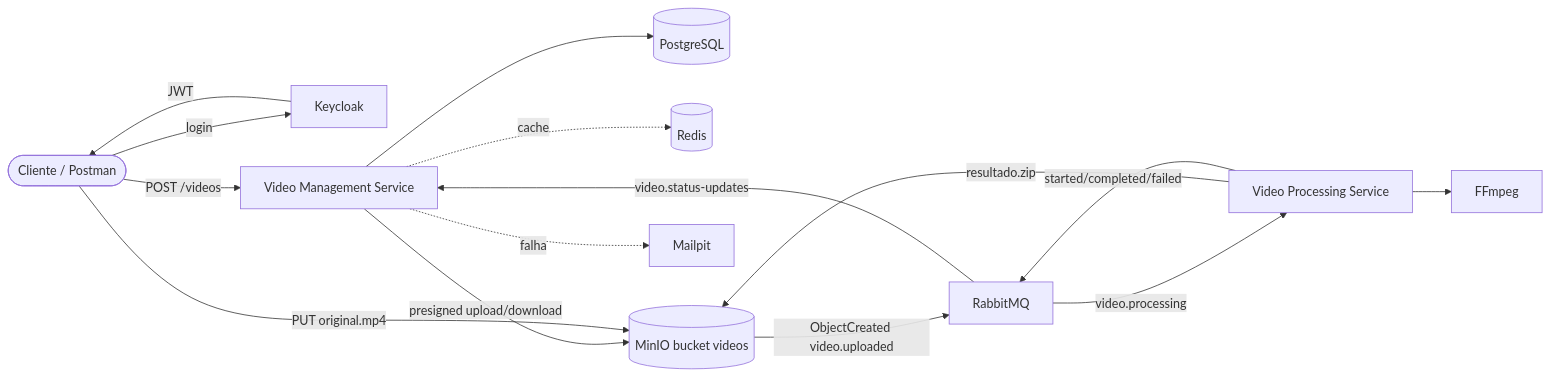
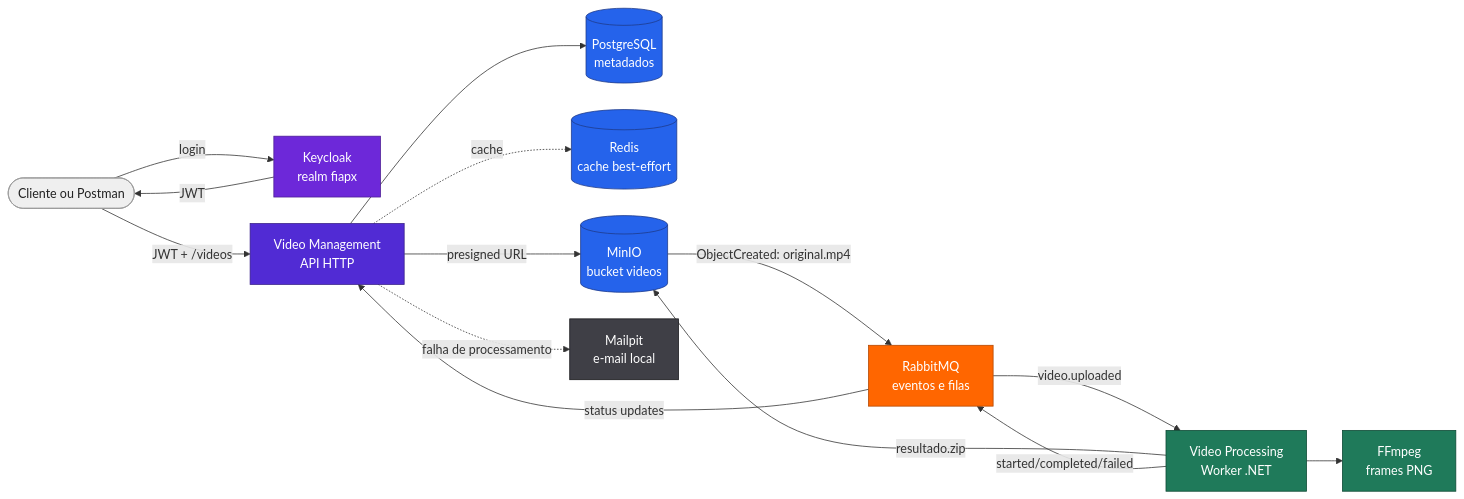
Before and after one commit to fabianorodrigues/fiap-fase5-docs: the first of 2 diagrams in docs/index.md, drawn with Mermaid. The commit also changed other lines of this file and 11 other files, not shown here.

````diff
--- a/docs/index.md
+++ b/docs/index.md
@@ -28,28 +28,36 @@
 ```mermaid
+%%{init: {"flowchart": {"nodeSpacing": 34, "rankSpacing": 46}} }%%
 flowchart LR
-    USER([Cliente / Postman])
-    KC[Keycloak]
-    API[Video Management Service]
-    PG[(PostgreSQL)]
-    REDIS[(Redis)]
-    MINIO[(MinIO bucket videos)]
-    MQ[RabbitMQ]
-    WORKER[Video Processing Service]
-    FFMPEG[FFmpeg]
-    MAIL[Mailpit]
+    classDef client fill:#EFEFEF,color:#222,stroke:#999
+    classDef api fill:#512BD4,color:#fff,stroke:#39208A
+    classDef worker fill:#1F7A5A,color:#fff,stroke:#0F4A35
+    classDef broker fill:#FF6600,color:#fff,stroke:#B34700
+    classDef store fill:#2563EB,color:#fff,stroke:#1E3A8A
+    classDef auth fill:#6D28D9,color:#fff,stroke:#4C1D95
+    classDef mail fill:#3F3F46,color:#fff,stroke:#18181B
+
+    USER([Cliente ou Postman]):::client
+    KC["Keycloak<br/>realm fiapx"]:::auth
+    API["Video Management<br/>API HTTP"]:::api
+    PG[("PostgreSQL<br/>metadados")]:::store
+    REDIS[("Redis<br/>cache best-effort")]:::store
+    MINIO[("MinIO<br/>bucket videos")]:::store
+    MQ["RabbitMQ<br/>eventos e filas"]:::broker
+    WORKER["Video Processing<br/>Worker .NET"]:::worker
+    FFMPEG["FFmpeg<br/>frames PNG"]:::worker
+    MAIL["Mailpit<br/>e-mail local"]:::mail
 
     USER -->|login| KC
     KC -->|JWT| USER
-    USER -->|POST /videos| API
+    USER -->|JWT + /videos| API
     API --> PG
     API -. cache .-> REDIS
-    API -->|presigned upload/download| MINIO
-    USER -->|PUT original.mp4| MINIO
-    MINIO -->|ObjectCreated video.uploaded| MQ
-    MQ -->|video.processing| WORKER
+    API -- "presigned URL" --> MINIO
+    MINIO -- "ObjectCreated: original.mp4" --> MQ
+    MQ -- "video.uploaded" --> WORKER
     WORKER --> FFMPEG
-    WORKER -->|resultado.zip| MINIO
-    WORKER -->|started/completed/failed| MQ
-    MQ -->|video.status-updates| API
-    API -. falha .-> MAIL
+    WORKER -- "resultado.zip" --> MINIO
+    WORKER -- "started/completed/failed" --> MQ
+    MQ -- "status updates" --> API
+    API -. "falha de processamento" .-> MAIL
 ```
````
